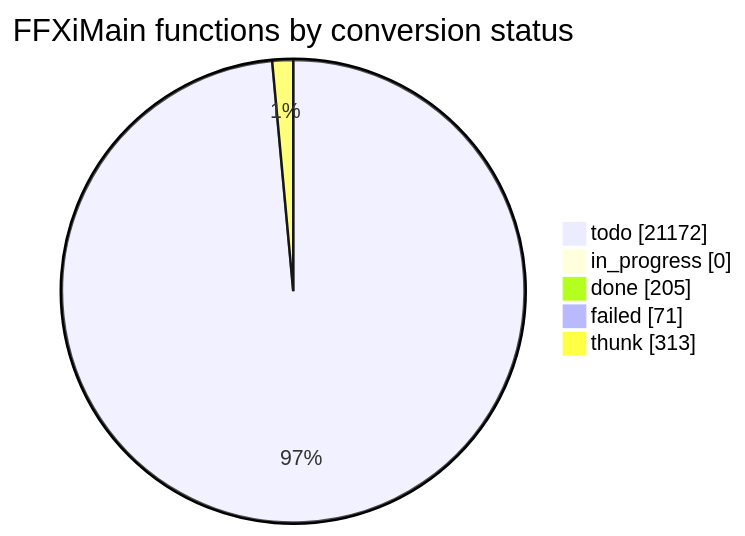
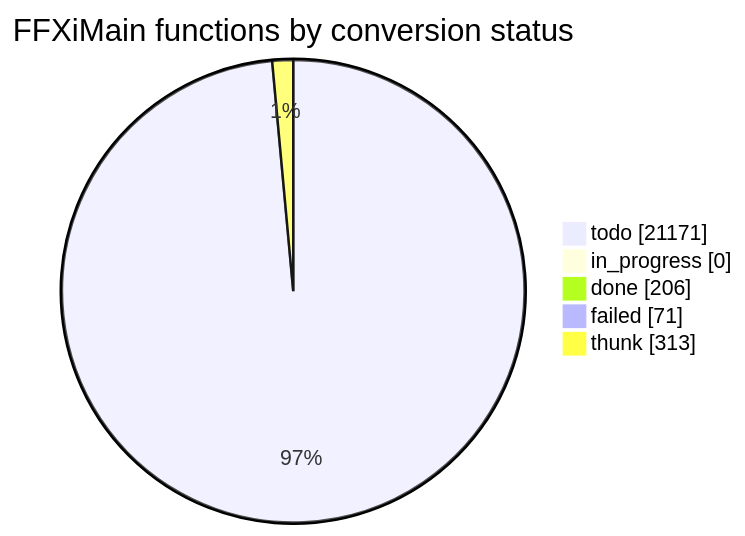
The diagram in docs/cow/STATUS.md (cowrevenge/cow_kuluu_xi_anything), drawn with Mermaid before and after one commit. The commit also changed other lines of this file and 9 other files, not shown here.

````diff
--- a/docs/cow/STATUS.md
+++ b/docs/cow/STATUS.md
@@ -18,9 +18,9 @@
 ```mermaid
 pie showData
     title FFXiMain functions by conversion status
-    "todo" : 21172
+    "todo" : 21171
     "in_progress" : 0
-    "done" : 205
+    "done" : 206
     "failed" : 71
     "thunk" : 313
 ```
````
